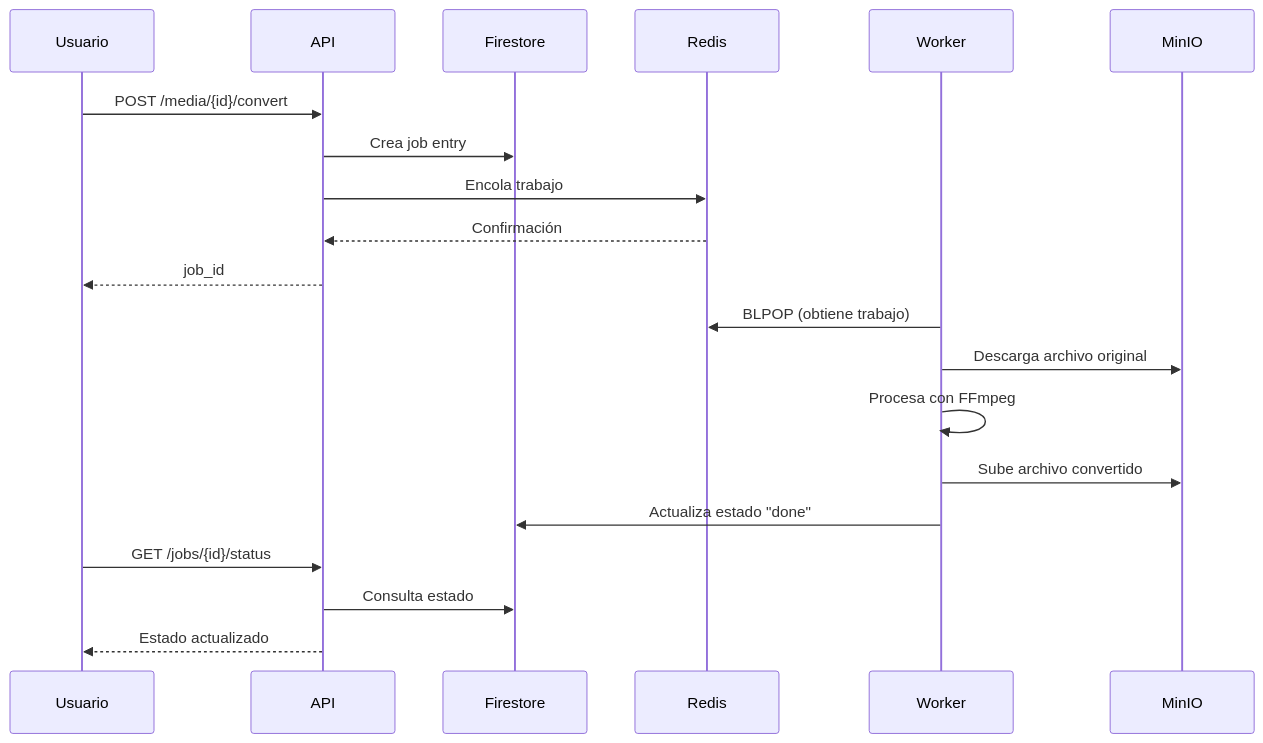
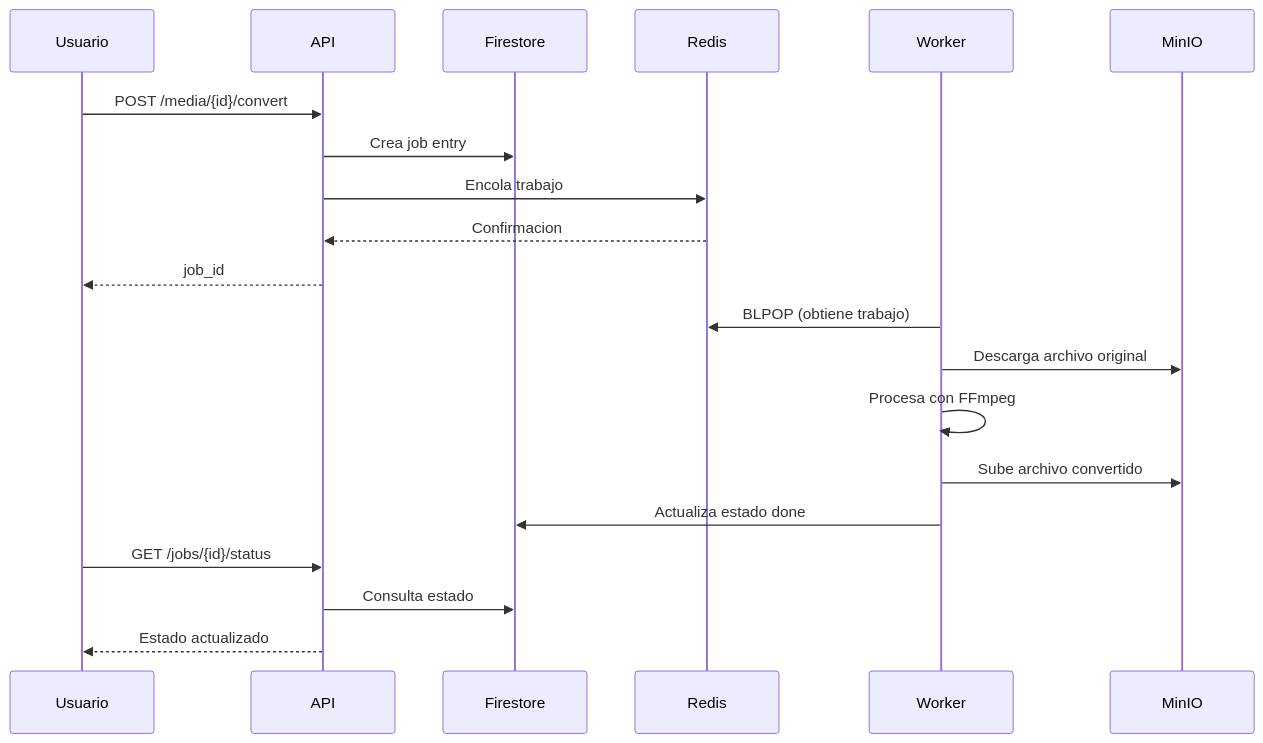
Before and after one commit to Geancaov/espotifai: the third of 3 diagrams in README.md, drawn with Mermaid. The commit also changed other lines of this file, not shown here.

````diff
--- a/README.md
+++ b/README.md
@@ -547,16 +558,23 @@
 ```mermaid
 sequenceDiagram
-    Usuario->>API: POST /media/{id}/convert
-    API->>Firestore: Crea job entry
-    API->>Redis: Encola trabajo
-    Redis-->>API: Confirmación
-    API-->>Usuario: job_id
-    Worker->>Redis: BLPOP (obtiene trabajo)
-    Worker->>MinIO: Descarga archivo original
-    Worker->>Worker: Procesa con FFmpeg
-    Worker->>MinIO: Sube archivo convertido
-    Worker->>Firestore: Actualiza estado "done"
-    Usuario->>API: GET /jobs/{id}/status
-    API->>Firestore: Consulta estado
-    API-->>Usuario: Estado actualizado
+    participant U as Usuario
+    participant A as API
+    participant DB as Firestore
+    participant R as Redis
+    participant W as Worker
+    participant M as MinIO
+    
+    U->>A: POST /media/{id}/convert
+    A->>DB: Crea job entry
+    A->>R: Encola trabajo
+    R-->>A: Confirmacion
+    A-->>U: job_id
+    W->>R: BLPOP (obtiene trabajo)
+    W->>M: Descarga archivo original
+    W->>W: Procesa con FFmpeg
+    W->>M: Sube archivo convertido
+    W->>DB: Actualiza estado done
+    U->>A: GET /jobs/{id}/status
+    A->>DB: Consulta estado
+    A-->>U: Estado actualizado
 ```
````
